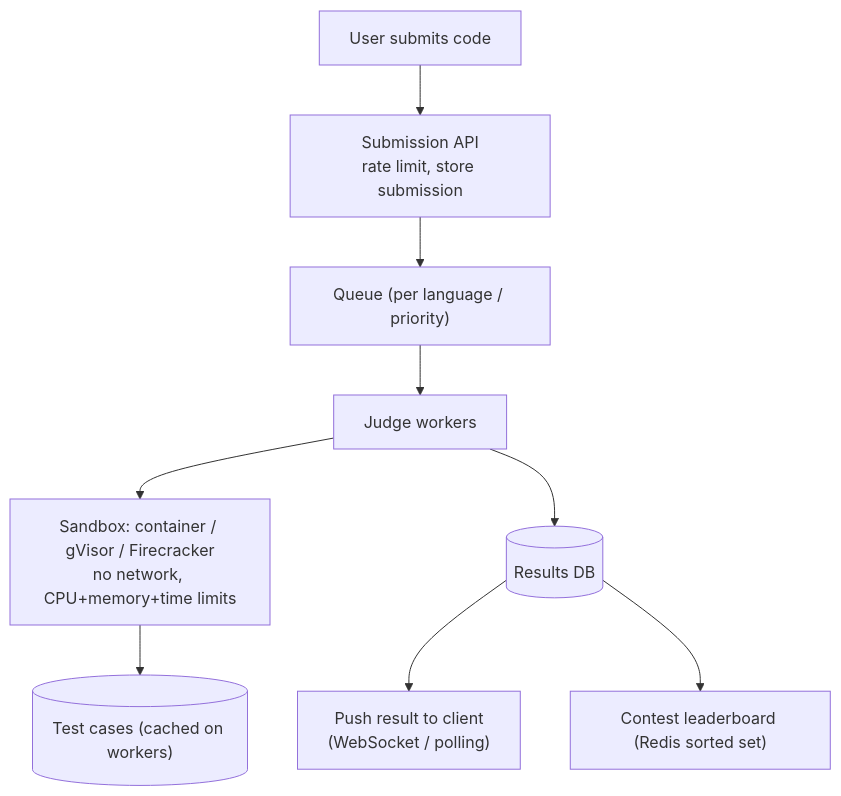
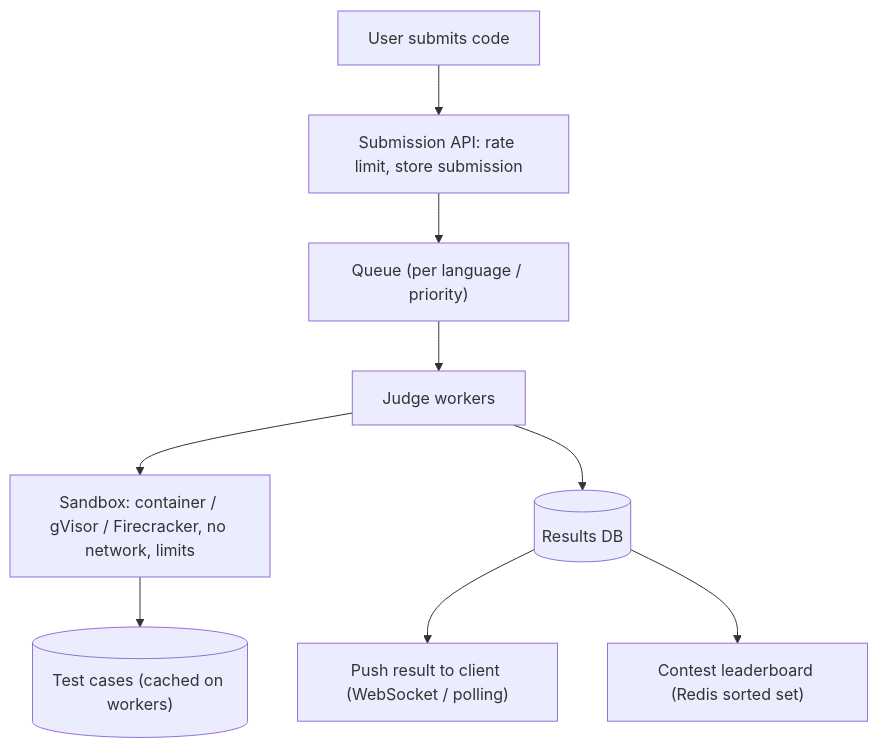
Diagram 18 of 20 in topics/18-designs-location-commerce.md (AkshayAshokCode/System-Design-Interview-Questions-and-Answers), drawn with Mermaid before and after one commit. The commit also changed other lines of this file and 4 other files, not shown here.

````diff
--- a/topics/18-designs-location-commerce.md
+++ b/topics/18-designs-location-commerce.md
@@ -358,11 +1688,11 @@
 ```mermaid
 flowchart TD
-    U["User submits code"] --> API["Submission API<br/>rate limit, store submission"]
+    U["User submits code"] --> API["Submission API: rate limit, store submission"]
     API --> Q["Queue (per language / priority)"]
     Q --> W["Judge workers"]
-    W --> SB["Sandbox: container / gVisor / Firecracker<br/>no network, CPU+memory+time limits"]
+    W --> SB["Sandbox: container / gVisor / Firecracker, no network, limits"]
     SB --> TC[("Test cases (cached on workers)")]
     W --> RES[("Results DB")]
-    RES --> PUSH["Push result to client<br/>(WebSocket / polling)"]
+    RES --> PUSH["Push result to client (WebSocket / polling)"]
     RES --> LB["Contest leaderboard (Redis sorted set)"]
 ```
````
